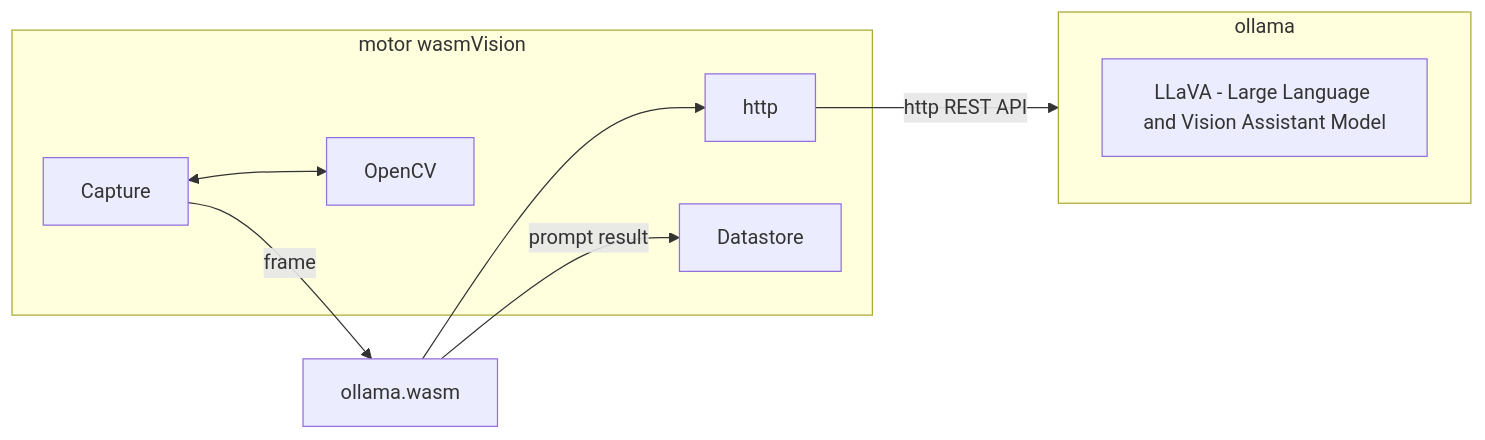
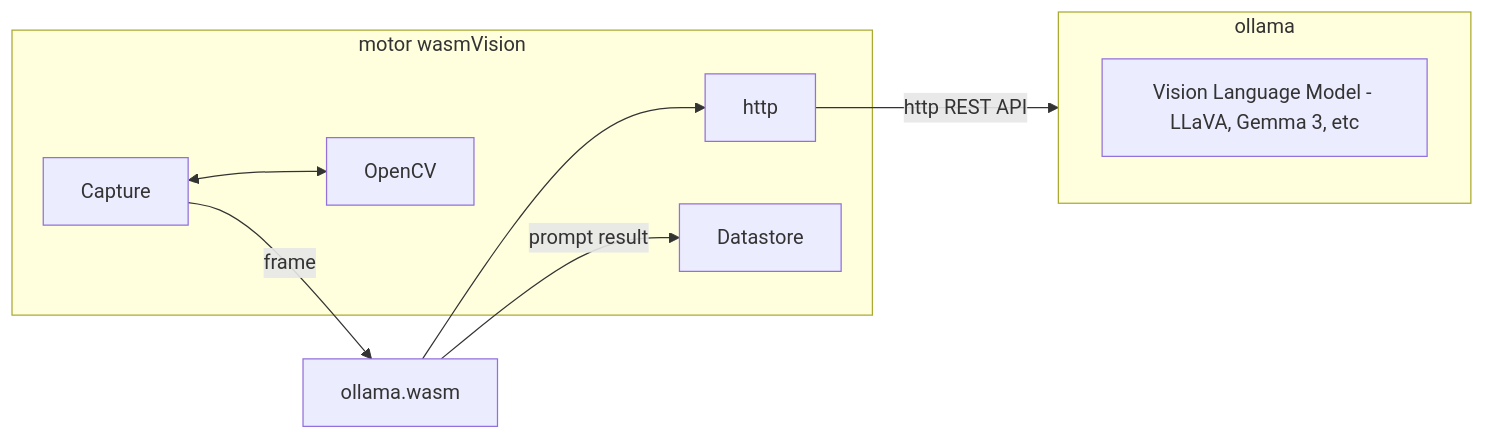
Before and after one commit to deadprogram/gomad2025: the second of 5 diagrams in diagrams/captions-highlevel.md, drawn with Mermaid. The commit also changed other lines of this file and 5 other files, not shown here.

````diff
--- a/diagrams/captions-highlevel.md
+++ b/diagrams/captions-highlevel.md
@@ -11,20 +11,20 @@
 ```mermaid
 flowchart LR
 
 subgraph motor wasmVision
     Capture
     Capture<-->OpenCV
     http
     Datastore
 end
 
 Capture--frame-->ollama.wasm
 
 ollama.wasm-->http
 http--http REST API-->ollama
 subgraph ollama
-    llava[LLaVA - Large Language and Vision Assistant Model]
+    vlm[Vision Language Model - LLaVA, Gemma 3, etc]
 end
 ollama.wasm--prompt result-->Datastore
 
 ```
````
